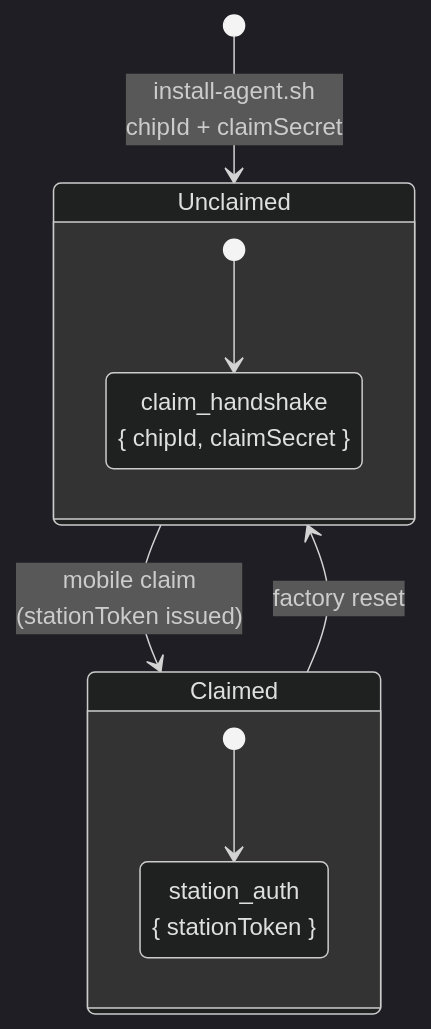
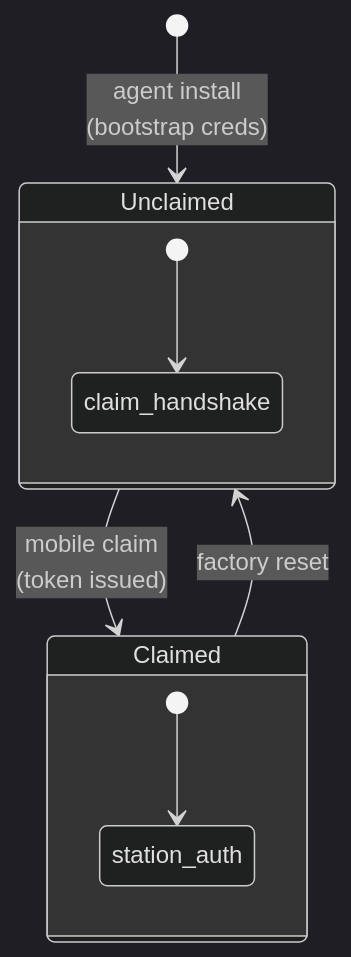
Before and after one commit to alphaoflogic-ua/svaroh-docs: the first of 2 diagrams in docs/protocols/websocket.md, drawn with Mermaid (dark theme). The commit also changed other lines of this file and 8 other files, not shown here.

````diff
--- a/docs/protocols/websocket.md
+++ b/docs/protocols/websocket.md
@@ -12,15 +12,13 @@
 ```mermaid
 stateDiagram-v2
-    [*] --> Unclaimed: install-agent.sh<br/>chipId + claimSecret
-    Unclaimed --> Claimed: mobile claim<br/>(stationToken issued)
+    [*] --> Unclaimed: agent install<br/>(bootstrap creds)
+    Unclaimed --> Claimed: mobile claim<br/>(token issued)
     Claimed --> Unclaimed: factory reset
 
     state Unclaimed {
         [*] --> claim_handshake
-        claim_handshake: claim_handshake<br/>{ chipId, claimSecret }
     }
     state Claimed {
         [*] --> station_auth
-        station_auth: station_auth<br/>{ stationToken }
     }
 ```
````
